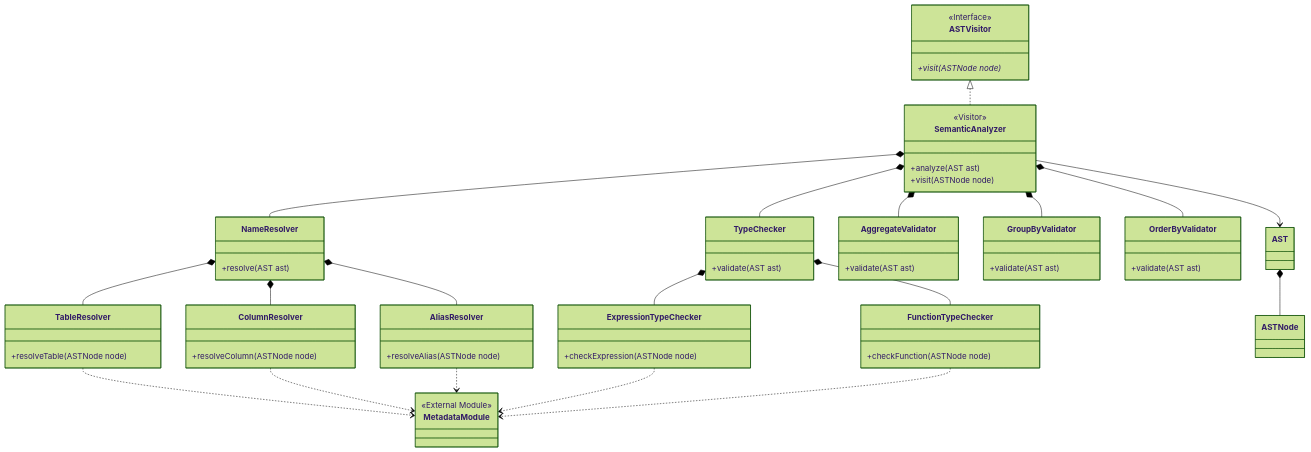
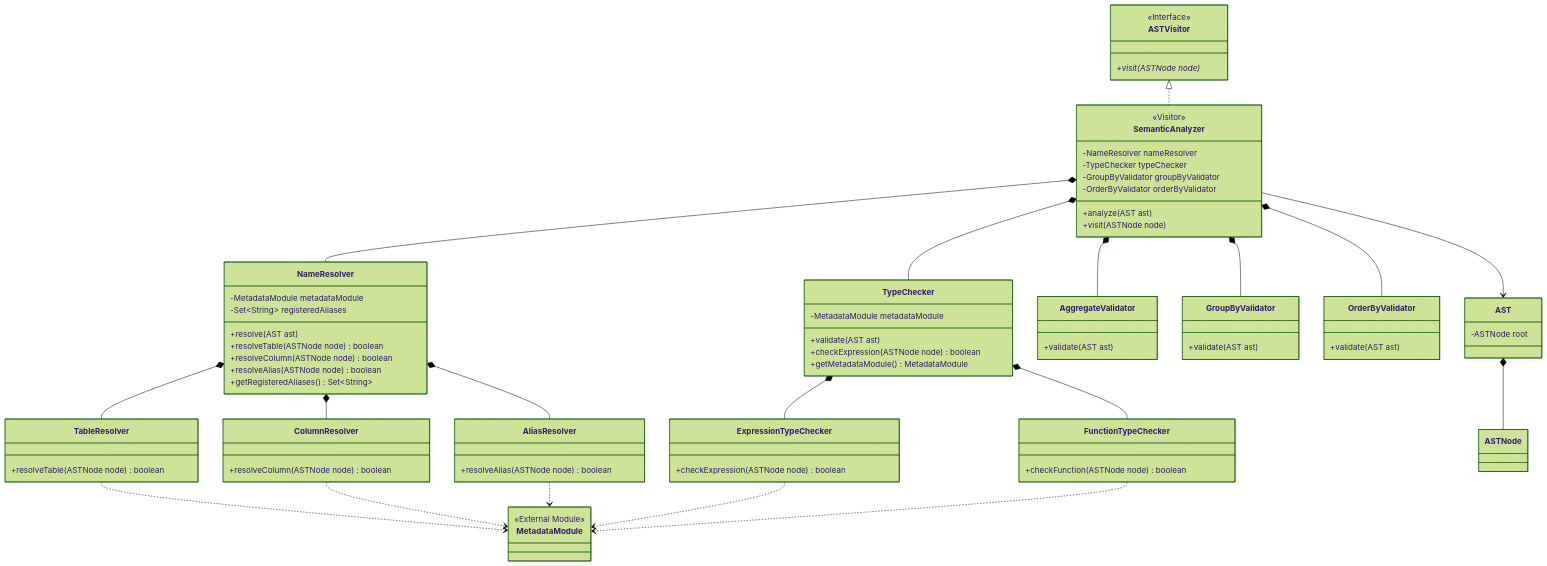
One commit to Dikhang1112/Database_Management_BBV changed the diagram in docs/class_diagram/query_processor/detail/SemanticAnalysis.md. Above: the diagram before and after it, drawn with Mermaid (forest theme). The commit also changed 36 other files, not shown here.

```diff
--- a/docs/class_diagram/query_processor/detail/SemanticAnalysis.md
+++ b/docs/class_diagram/query_processor/detail/SemanticAnalysis.md
@@ -8,6 +8,10 @@
 
 class SemanticAnalyzer{
     <<Visitor>>
+    -NameResolver nameResolver
+    -TypeChecker typeChecker
+    -GroupByValidator groupByValidator
+    -OrderByValidator orderByValidator
     +analyze(AST ast)
     +visit(ASTNode node)
 }
@@ -22,19 +26,25 @@
 %% =====================================================
 
 class NameResolver{
+    -MetadataModule metadataModule
+    -Set~String~ registeredAliases
     +resolve(AST ast)
+    +resolveTable(ASTNode node) boolean
+    +resolveColumn(ASTNode node) boolean
+    +resolveAlias(ASTNode node) boolean
+    +getRegisteredAliases() Set~String~
 }
 
 class TableResolver{
-    +resolveTable(ASTNode node)
+    +resolveTable(ASTNode node) boolean
 }
 
 class ColumnResolver{
-    +resolveColumn(ASTNode node)
+    +resolveColumn(ASTNode node) boolean
 }
 
 class AliasResolver{
-    +resolveAlias(ASTNode node)
+    +resolveAlias(ASTNode node) boolean
 }
 
 %% =====================================================
@@ -42,15 +52,18 @@
 %% =====================================================
 
 class TypeChecker{
+    -MetadataModule metadataModule
     +validate(AST ast)
+    +checkExpression(ASTNode node) boolean
+    +getMetadataModule() MetadataModule
 }
 
 class ExpressionTypeChecker{
-    +checkExpression(ASTNode node)
+    +checkExpression(ASTNode node) boolean
 }
 
 class FunctionTypeChecker{
-    +checkFunction(ASTNode node)
+    +checkFunction(ASTNode node) boolean
 }
 
 %% =====================================================
@@ -81,7 +94,9 @@
 %% SHARED OBJECTS
 %% =====================================================
 
-class AST
+class AST{
+    -ASTNode root
+}
 
 class ASTNode
 
```
